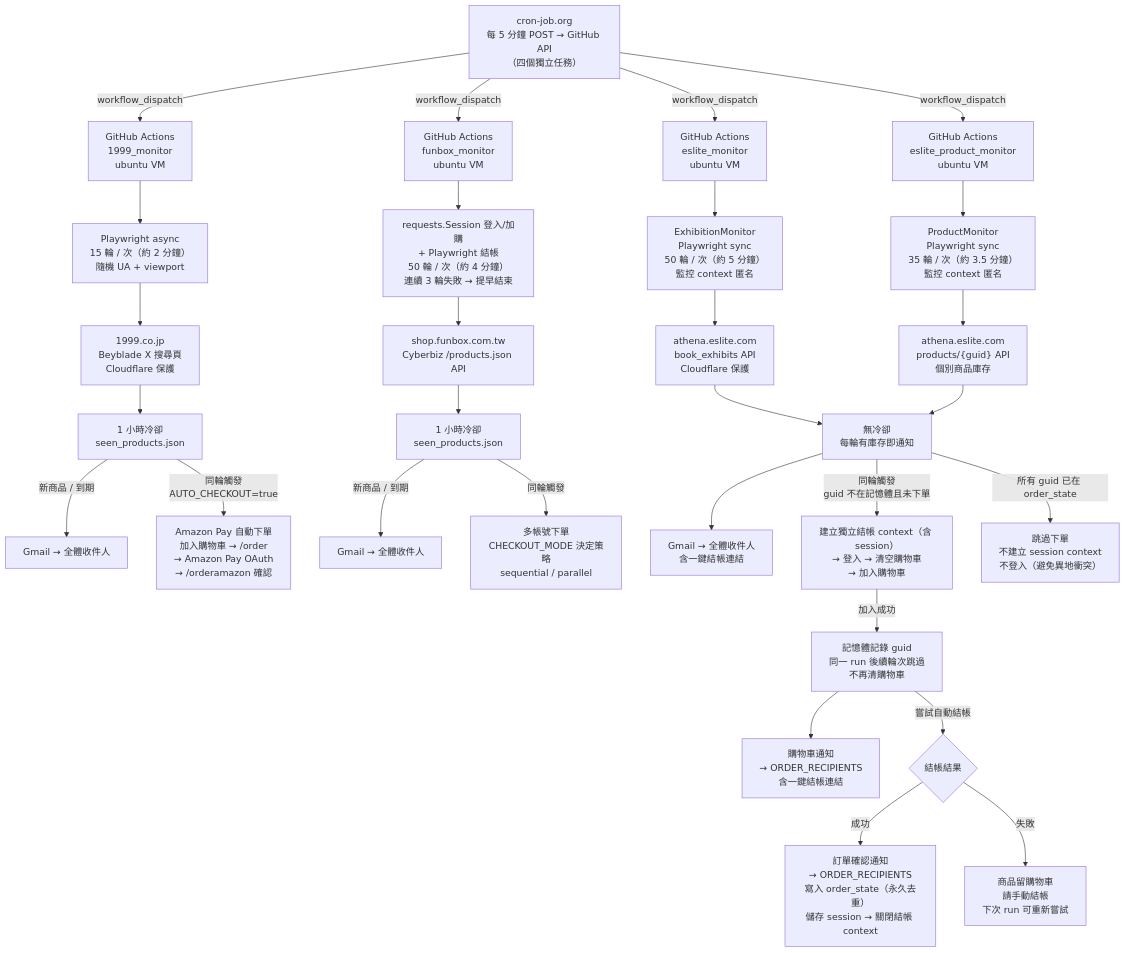
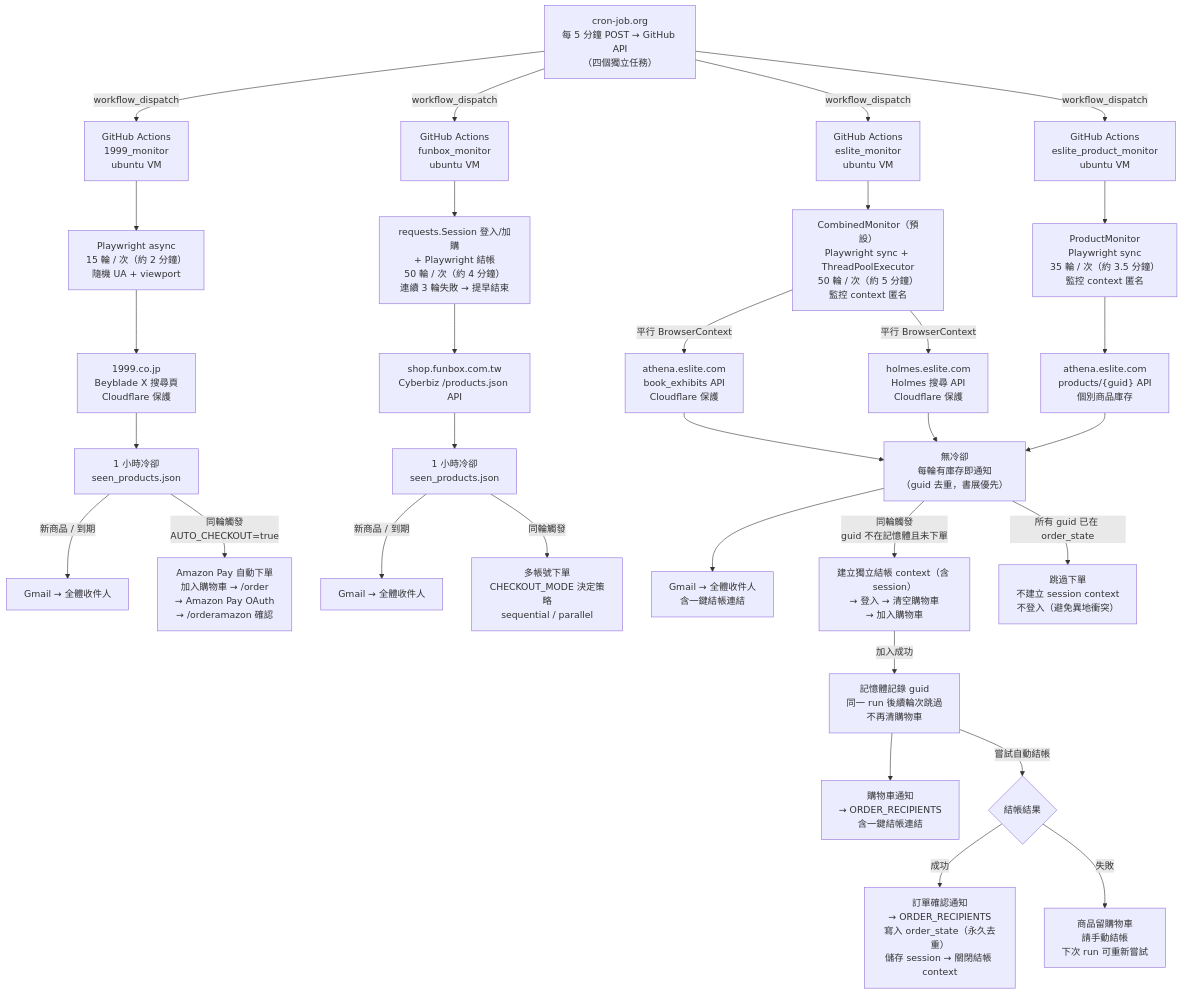
One commit to k0341055/beyblade-funbox-monitor changed the diagram in README.md. Above: the diagram before and after it, drawn with Mermaid. The commit also changed other lines of this file, not shown here.

First line of the commit message:
docs: 更新 README 反映 combined 預設模式與平行監控架構

````diff
--- a/README.md
+++ b/README.md
@@ -16,39 +16,41 @@
 ```mermaid
 flowchart TD
     CRON["cron-job.org\n每 5 分鐘 POST → GitHub API\n（四個獨立任務）"]
 
     CRON -->|workflow_dispatch| GA1["GitHub Actions\n1999_monitor\nubuntu VM"]
     CRON -->|workflow_dispatch| GA2["GitHub Actions\nfunbox_monitor\nubuntu VM"]
     CRON -->|workflow_dispatch| GA3["GitHub Actions\neslite_monitor\nubuntu VM"]
     CRON -->|workflow_dispatch| GA4["GitHub Actions\neslite_product_monitor\nubuntu VM"]
 
     GA1 --> PW1["Playwright async\n15 輪 / 次（約 2 分鐘）\n隨機 UA + viewport"]
     GA2 --> REQ["requests.Session 登入/加購\n+ Playwright 結帳\n50 輪 / 次（約 4 分鐘）\n連續 3 輪失敗 → 提早結束"]
-    GA3 --> PW3["ExhibitionMonitor\nPlaywright sync\n50 輪 / 次（約 5 分鐘）\n監控 context 匿名"]
+    GA3 --> PW3["CombinedMonitor（預設）\nPlaywright sync + ThreadPoolExecutor\n50 輪 / 次（約 5 分鐘）\n監控 context 匿名"]
     GA4 --> PW4["ProductMonitor\nPlaywright sync\n35 輪 / 次（約 3.5 分鐘）\n監控 context 匿名"]
 
     PW1 --> SITE1["1999.co.jp\nBeyblade X 搜尋頁\nCloudflare 保護"]
     REQ --> SITE2["shop.funbox.com.tw\nCyberbiz /products.json API"]
-    PW3 --> SITE3["athena.eslite.com\nbook_exhibits API\nCloudflare 保護"]
+    PW3 -->|平行 BrowserContext| SITE3A["athena.eslite.com\nbook_exhibits API\nCloudflare 保護"]
+    PW3 -->|平行 BrowserContext| SITE3B["holmes.eslite.com\nHolmes 搜尋 API\nCloudflare 保護"]
     PW4 --> SITE4["athena.eslite.com\nproducts/{guid} API\n個別商品庫存"]
 
     SITE1 --> COOL1["1 小時冷卻\nseen_products.json"]
     SITE2 --> COOL2["1 小時冷卻\nseen_products.json"]
-    SITE3 --> NOCD["無冷卻\n每輪有庫存即通知"]
+    SITE3A --> NOCD["無冷卻\n每輪有庫存即通知\n（guid 去重，書展優先）"]
+    SITE3B --> NOCD
     SITE4 --> NOCD
 
     COOL1 -->|新商品 / 到期| MAIL1["Gmail → 全體收件人"]
     COOL1 -->|同輪觸發\nAUTO_CHECKOUT=true| BUY1["Amazon Pay 自動下單\n加入購物車 → /order\n→ Amazon Pay OAuth\n→ /orderamazon 確認"]
     COOL2 -->|新商品 / 到期| MAIL2["Gmail → 全體收件人"]
     NOCD --> MAIL3["Gmail → 全體收件人\n含一鍵結帳連結"]
 
     COOL2 -->|同輪觸發| BUY["多帳號下單\nCHECKOUT_MODE 決定策略\nsequential / parallel"]
     NOCD -->|同輪觸發\nguid 不在記憶體且未下單| ECART["建立獨立結帳 context（含 session）\n→ 登入 → 清空購物車\n→ 加入購物車"]
     NOCD -->|所有 guid 已在 order_state| SKIP["跳過下單\n不建立 session context\n不登入（避免異地衝突）"]
 
     ECART -->|加入成功| CPEND["記憶體記錄 guid\n同一 run 後續輪次跳過\n不再清購物車"]
     CPEND --> CNOTIF["購物車通知\n→ ORDER_RECIPIENTS\n含一鍵結帳連結"]
     CPEND -->|嘗試自動結帳| CHECKOUT{"結帳結果"}
     CHECKOUT -->|成功| ONOTIF["訂單確認通知\n→ ORDER_RECIPIENTS\n寫入 order_state（永久去重）\n儲存 session → 關閉結帳 context"]
     CHECKOUT -->|失敗| MANUAL["商品留購物車\n請手動結帳\n下次 run 可重新嘗試"]
 ```
````
